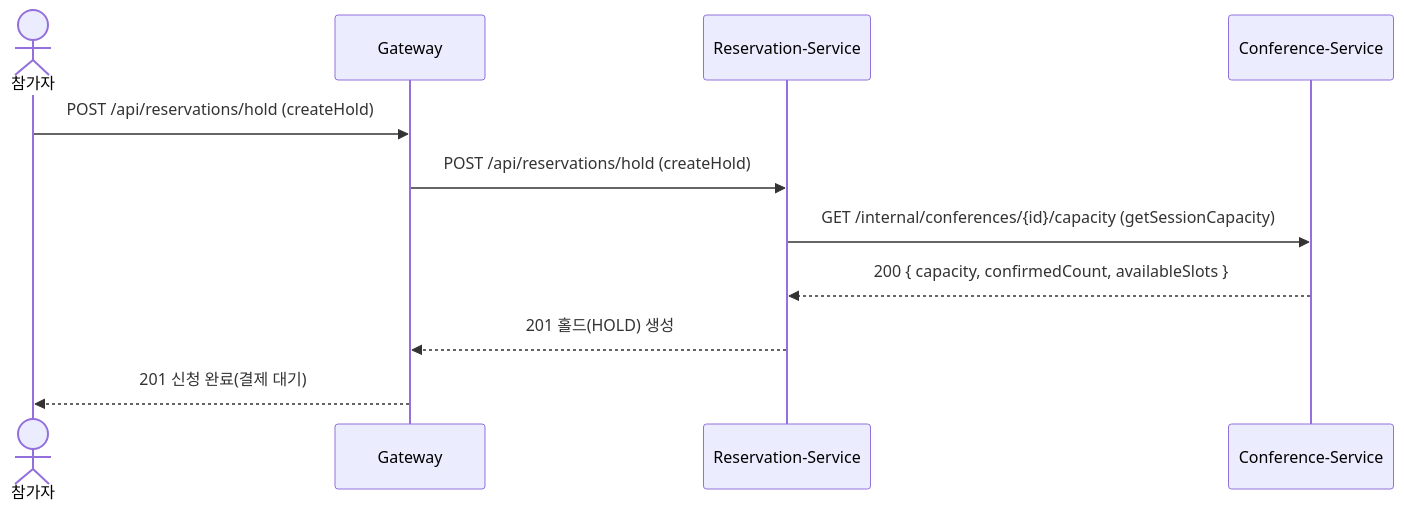
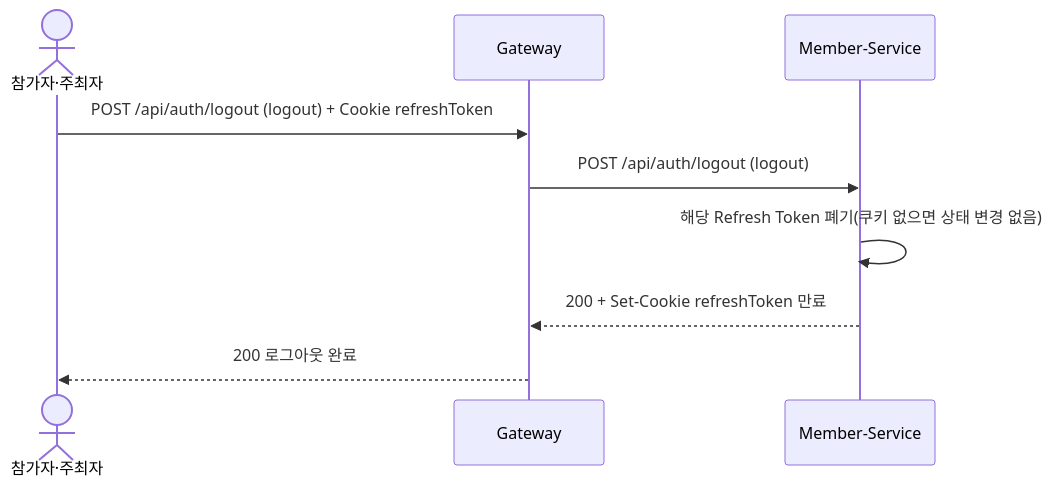
The fourth of 17 diagrams in docs/시퀀스.md (likelion-backend-24th/Final-Project-Team3), drawn with Mermaid before and after one commit. The commit also changed other lines of this file and 12 other files, not shown here.

````diff
--- a/docs/시퀀스.md
+++ b/docs/시퀀스.md
@@ -79,13 +84,11 @@
 ```mermaid
 sequenceDiagram
-    actor P as 참가자
+    actor P as 참가자·주최자
     participant G as Gateway
-    participant RS as Reservation-Service
-    participant CS as Conference-Service
-    P->>G: POST /api/reservations/hold (createHold)
-    G->>RS: POST /api/reservations/hold (createHold)
-    RS->>CS: GET /internal/conferences/{id}/capacity (getSessionCapacity)
-    CS-->>RS: 200 { capacity, confirmedCount, availableSlots }
-    RS-->>G: 201 홀드(HOLD) 생성
-    G-->>P: 201 신청 완료(결제 대기)
+    participant MS as Member-Service
+    P->>G: POST /api/auth/logout (logout) + Cookie refreshToken
+    G->>MS: POST /api/auth/logout (logout)
+    MS->>MS: 해당 Refresh Token 폐기(쿠키 없으면 상태 변경 없음)
+    MS-->>G: 200 + Set-Cookie refreshToken 만료
+    G-->>P: 200 로그아웃 완료
 ```
````
